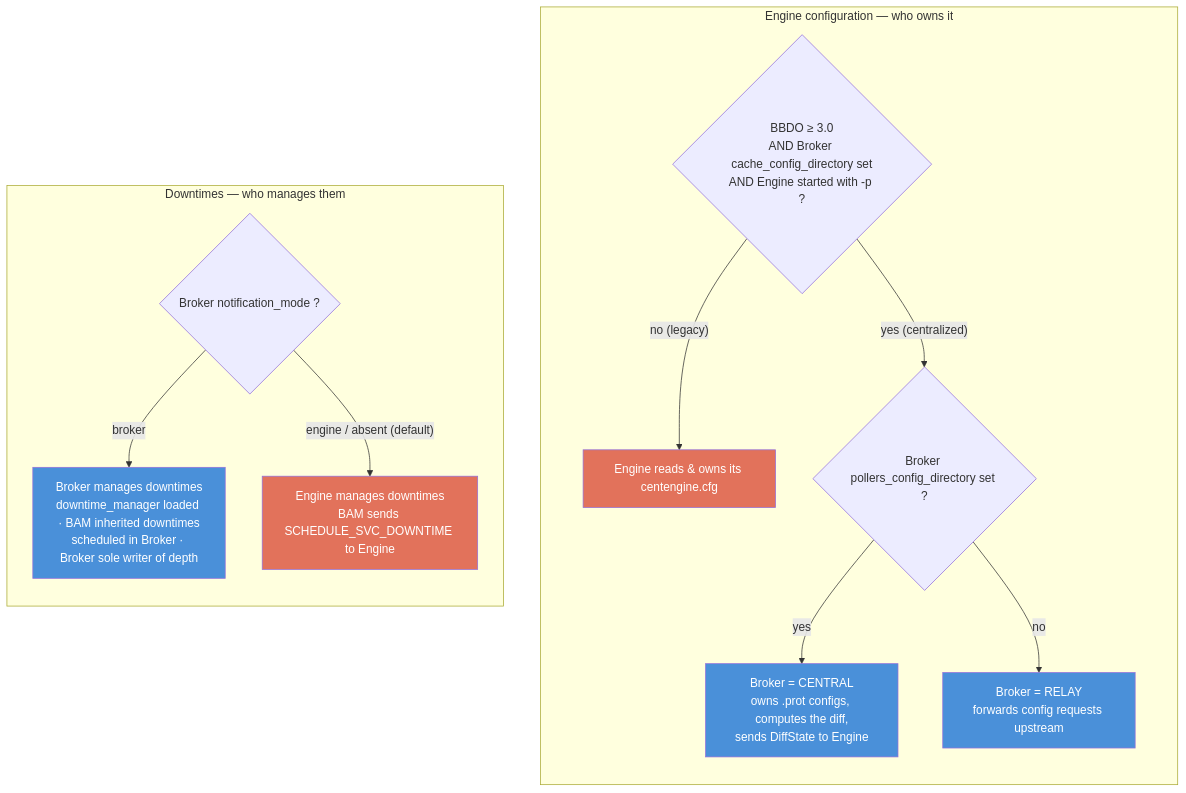
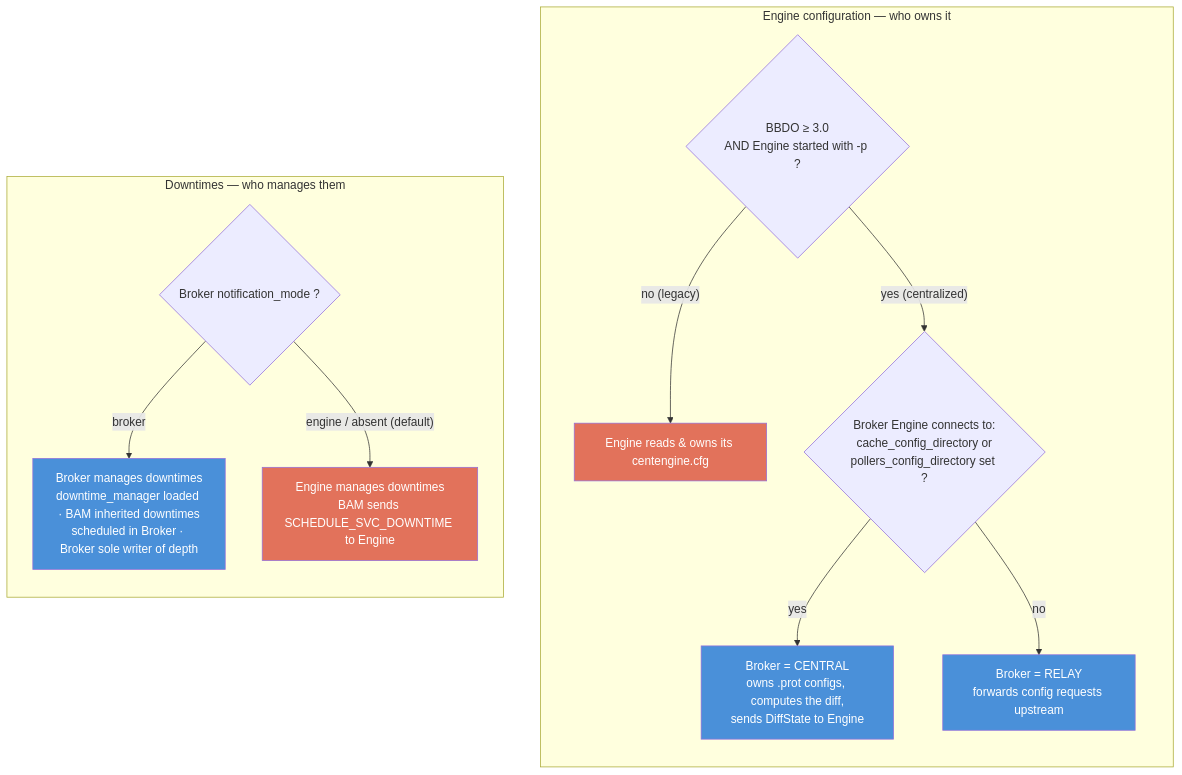
Before and after one commit to centreon/centreon-collect: the second of 50 diagrams in doc/nego-engine-broker-en.md, drawn with Mermaid. The commit also changed other lines of this file and 2 other files, not shown here.

Commit message:
chore(doc): nego-engine-broker updated

````diff
--- a/doc/nego-engine-broker-en.md
+++ b/doc/nego-engine-broker-en.md
@@ -323,21 +373,21 @@
 ```mermaid
 flowchart TD
     classDef engine fill:#e2725b,color:#fff;
     classDef broker fill:#4a90d9,color:#fff;
 
     subgraph CONF["Engine configuration — who owns it"]
         direction TB
-        Q1{"BBDO ≥ 3.0<br/>AND Broker cache_config_directory set<br/>AND Engine started with -p ?"}
+        Q1{"BBDO ≥ 3.0<br/>AND Engine started with -p ?"}
         Q1 -- "no (legacy)" --> ENGCONF["Engine reads & owns its centengine.cfg"]:::engine
-        Q1 -- "yes (centralized)" --> Q2{"Broker pollers_config_directory set ?"}
+        Q1 -- "yes (centralized)" --> Q2{"Broker Engine connects to:<br/>cache_config_directory or<br/>pollers_config_directory set ?"}
         Q2 -- "yes" --> CENTRAL["Broker = CENTRAL<br/>owns .prot configs, computes the diff,<br/>sends DiffState to Engine"]:::broker
         Q2 -- "no" --> RELAY["Broker = RELAY<br/>forwards config requests upstream"]:::broker
     end
 
     subgraph DT["Downtimes — who manages them"]
         direction TB
         Q3{"Broker notification_mode ?"}
         Q3 -- "broker" --> DTBROKER["Broker manages downtimes<br/>downtime_manager loaded · BAM inherited downtimes<br/>scheduled in Broker · Broker sole writer of depth"]:::broker
         Q3 -- "engine / absent (default)" --> DTENGINE["Engine manages downtimes<br/>BAM sends SCHEDULE_SVC_DOWNTIME to Engine"]:::engine
     end
 ```
````
